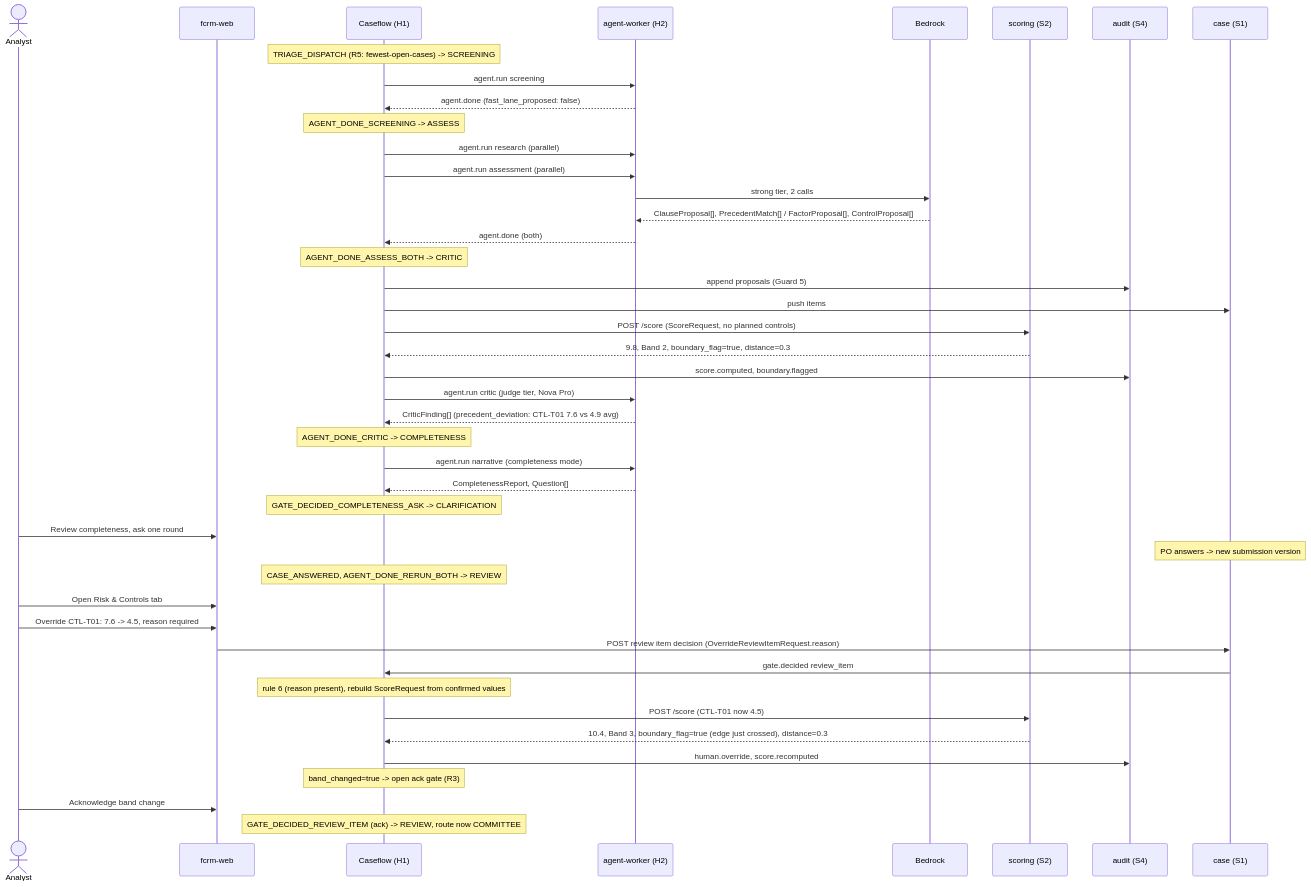
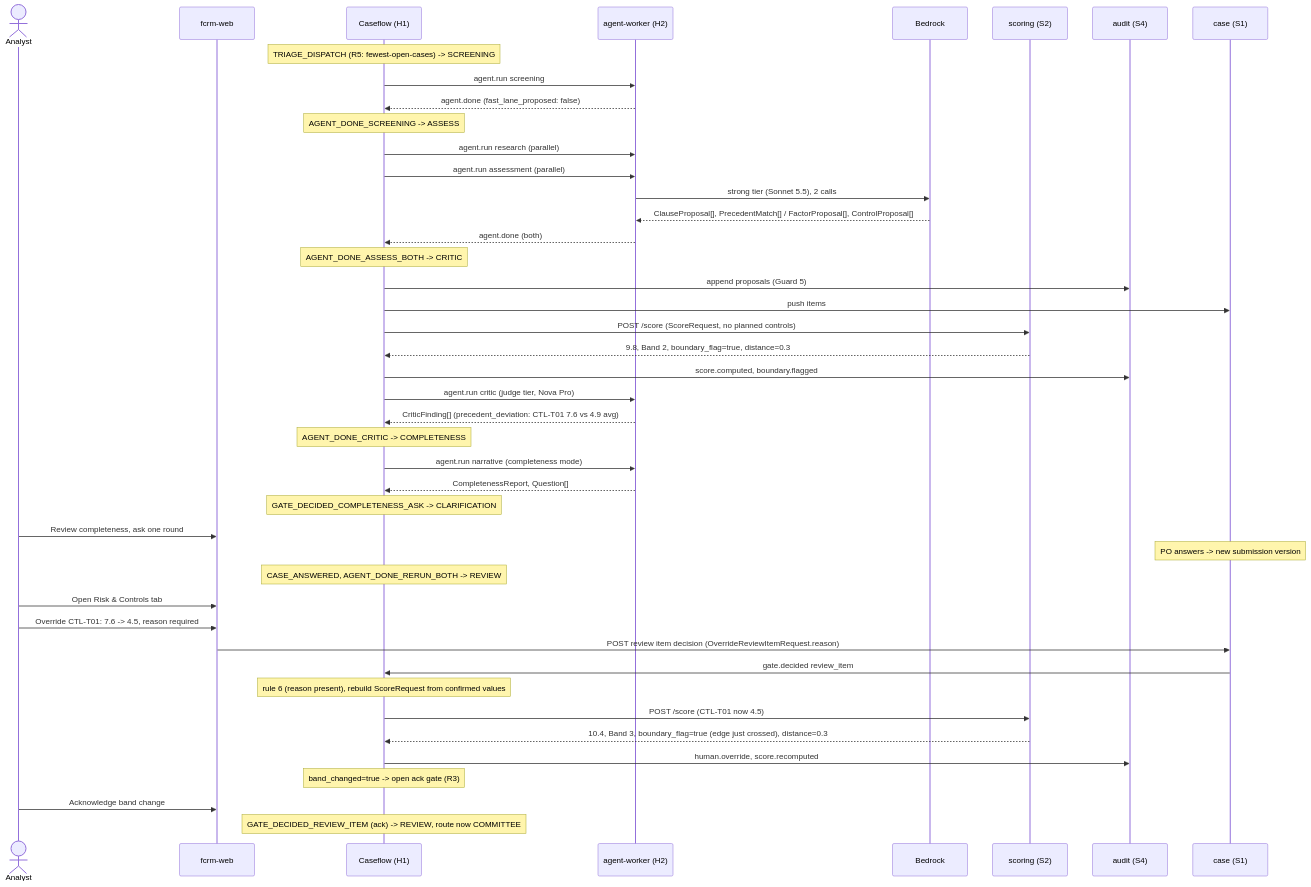
Before and after one commit to abhiMyridius/trustops_fcrm: the diagram in trustops/docs/architecture/sequences/assessment-and-override.md, drawn with Mermaid. The commit also changed 3 other files, not shown here.

First line of the commit message:
docs(architecture): design B section 12, the token ledger, the assessment sequence and the drill notes state the Sonnet 5.5 chain [ADR-65]

````diff
--- a/trustops/docs/architecture/sequences/assessment-and-override.md
+++ b/trustops/docs/architecture/sequences/assessment-and-override.md
@@ -5,51 +5,51 @@
 ```mermaid
 sequenceDiagram
     actor An as Analyst
     participant W1 as fcrm-web
     participant H1 as Caseflow (H1)
     participant H2 as agent-worker (H2)
     participant Br as Bedrock
     participant S2 as scoring (S2)
     participant S4 as audit (S4)
     participant S1 as case (S1)
 
     Note over H1: TRIAGE_DISPATCH (R5: fewest-open-cases) -> SCREENING
     H1->>H2: agent.run screening
     H2-->>H1: agent.done (fast_lane_proposed: false)
     Note over H1: AGENT_DONE_SCREENING -> ASSESS
 
     H1->>H2: agent.run research (parallel)
     H1->>H2: agent.run assessment (parallel)
-    H2->>Br: strong tier, 2 calls
+    H2->>Br: strong tier (Sonnet 5.5), 2 calls
     Br-->>H2: ClauseProposal[], PrecedentMatch[] / FactorProposal[], ControlProposal[]
     H2-->>H1: agent.done (both)
     Note over H1: AGENT_DONE_ASSESS_BOTH -> CRITIC
     H1->>S4: append proposals (Guard 5)
     H1->>S1: push items
     H1->>S2: POST /score (ScoreRequest, no planned controls)
     S2-->>H1: 9.8, Band 2, boundary_flag=true, distance=0.3
     H1->>S4: score.computed, boundary.flagged
 
     H1->>H2: agent.run critic (judge tier, Nova Pro)
     H2-->>H1: CriticFinding[] (precedent_deviation: CTL-T01 7.6 vs 4.9 avg)
     Note over H1: AGENT_DONE_CRITIC -> COMPLETENESS
 
     H1->>H2: agent.run narrative (completeness mode)
     H2-->>H1: CompletenessReport, Question[]
     Note over H1: GATE_DECIDED_COMPLETENESS_ASK -> CLARIFICATION
     An->>W1: Review completeness, ask one round
     Note over S1: PO answers -> new submission version
     Note over H1: CASE_ANSWERED, AGENT_DONE_RERUN_BOTH -> REVIEW
 
     An->>W1: Open Risk & Controls tab
     An->>W1: Override CTL-T01: 7.6 -> 4.5, reason required
     W1->>S1: POST review item decision (OverrideReviewItemRequest.reason)
     S1->>H1: gate.decided review_item
     Note over H1: rule 6 (reason present), rebuild ScoreRequest from confirmed values
     H1->>S2: POST /score (CTL-T01 now 4.5)
     S2-->>H1: 10.4, Band 3, boundary_flag=true (edge just crossed), distance=0.3
     H1->>S4: human.override, score.recomputed
     Note over H1: band_changed=true -> open ack gate (R3)
     An->>W1: Acknowledge band change
     Note over H1: GATE_DECIDED_REVIEW_ITEM (ack) -> REVIEW, route now COMMITTEE
 ```
````
